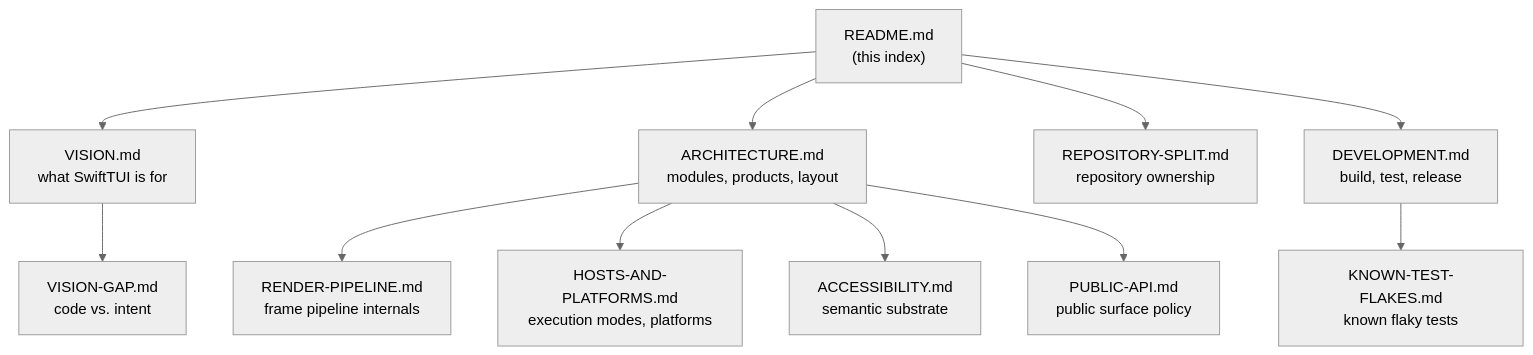
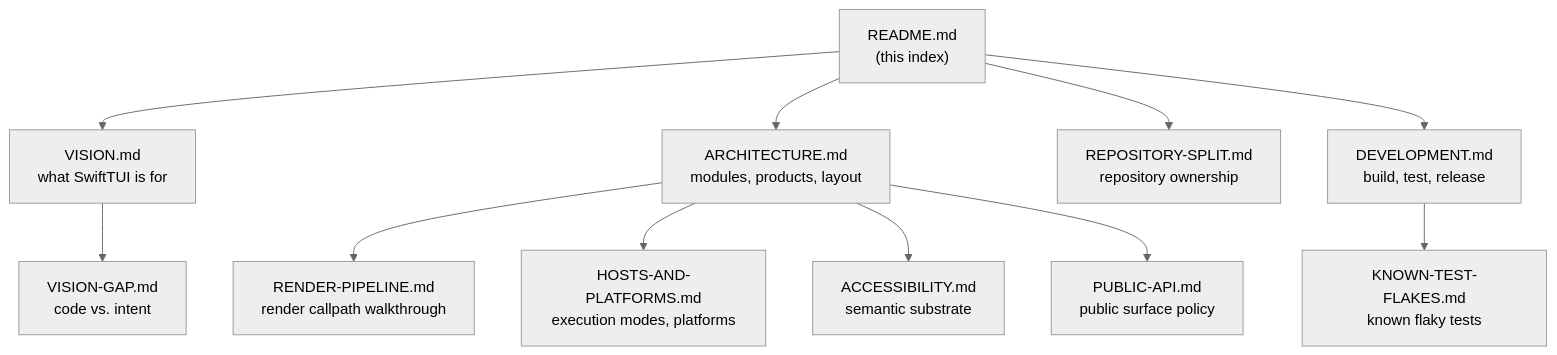
The diagram in docs/README.md (SwiftTUI/swift-tui), drawn with Mermaid (neutral theme) before and after one commit. The commit also changed other lines of this file and 3 other files, not shown here.

````diff
--- a/docs/README.md
+++ b/docs/README.md
@@ -14,25 +14,25 @@
 ```mermaid
 flowchart TD
     README["README.md<br/>(this index)"]
     VISION["VISION.md<br/>what SwiftTUI is for"]
     GAP["VISION-GAP.md<br/>code vs. intent"]
     ARCH["ARCHITECTURE.md<br/>modules, products, layout"]
     SPLIT["REPOSITORY-SPLIT.md<br/>repository ownership"]
-    PIPE["RENDER-PIPELINE.md<br/>frame pipeline internals"]
+    PIPE["RENDER-PIPELINE.md<br/>render callpath walkthrough"]
     HOSTS["HOSTS-AND-PLATFORMS.md<br/>execution modes, platforms"]
     A11Y["ACCESSIBILITY.md<br/>semantic substrate"]
     API["PUBLIC-API.md<br/>public surface policy"]
     DEV["DEVELOPMENT.md<br/>build, test, release"]
     FLAKES["KNOWN-TEST-FLAKES.md<br/>known flaky tests"]
 
     README --> VISION
     README --> ARCH
     README --> SPLIT
     README --> DEV
     VISION --> GAP
     ARCH --> PIPE
     ARCH --> HOSTS
     ARCH --> A11Y
     ARCH --> API
     DEV --> FLAKES
 ```
````
